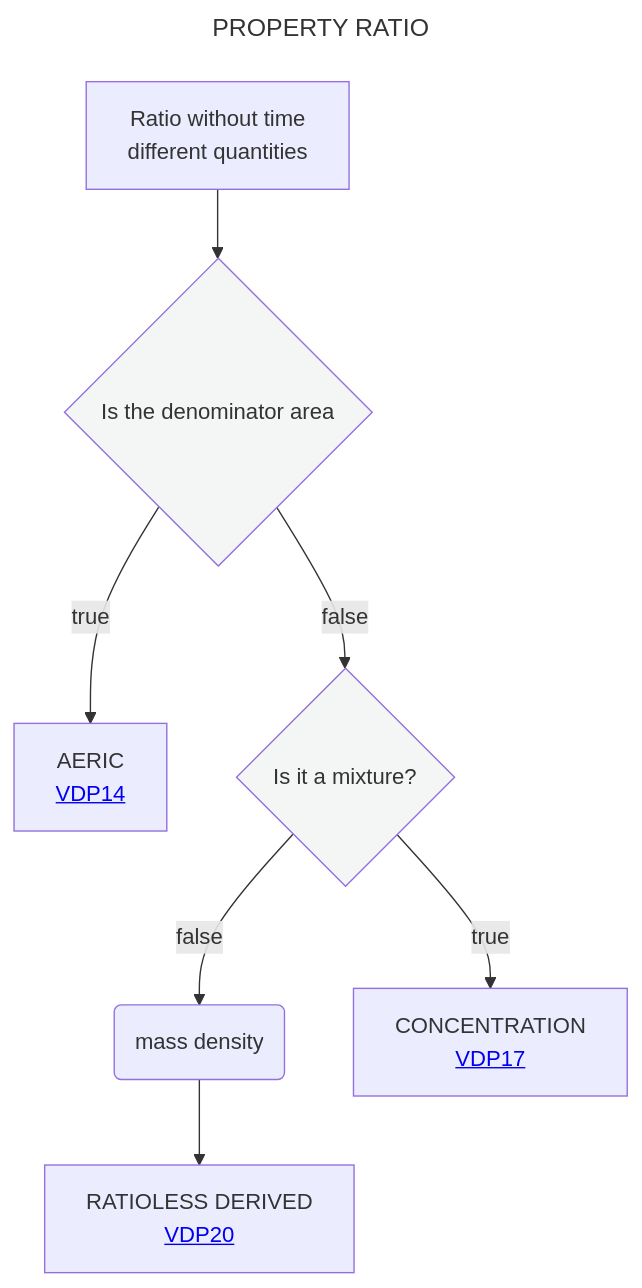
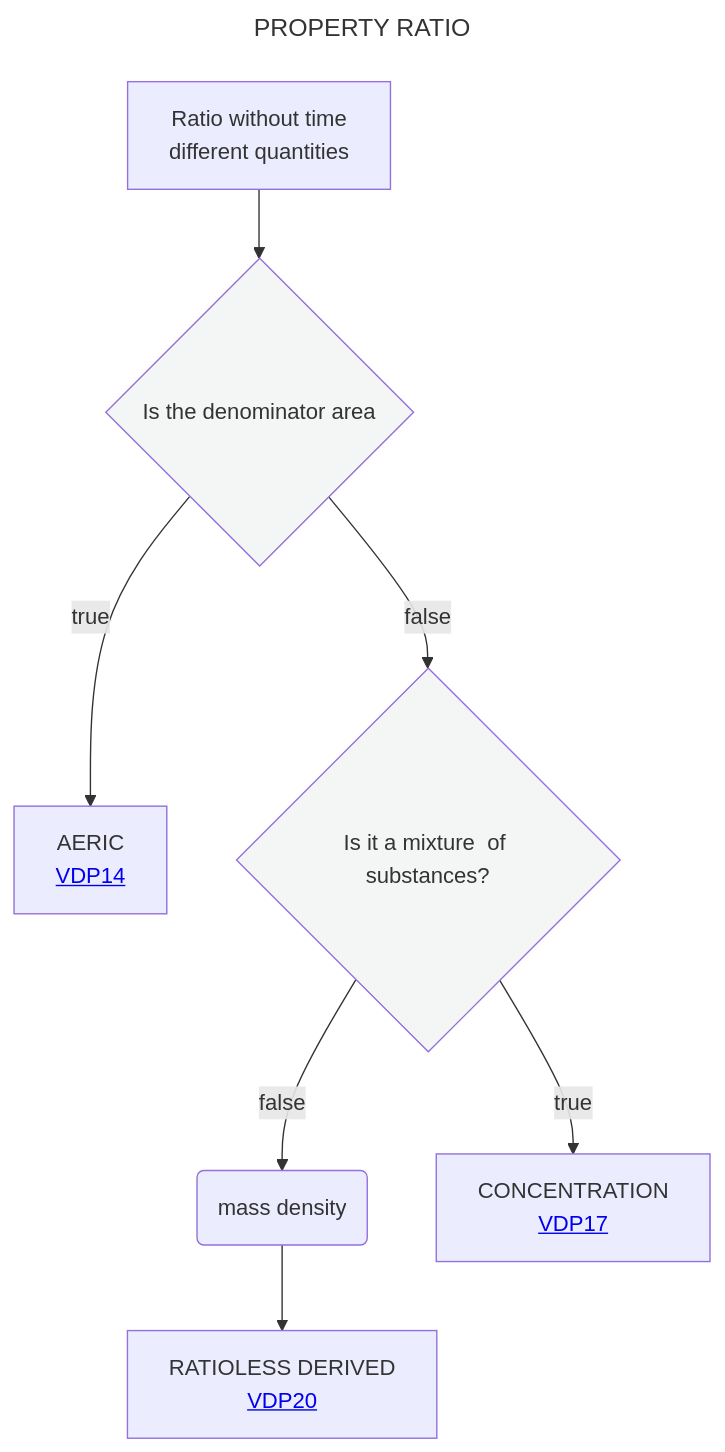
One commit to mabablue/I-ADOPT-patterns-playground changed the diagram in Decisition_trees/DT4.mmd. Above: the diagram before and after it, drawn with Mermaid.

```diff
--- a/Decisition_trees/DT4.mmd
+++ b/Decisition_trees/DT4.mmd
@@ -1,14 +1,14 @@
 ---
 title: PROPERTY RATIO
 ---
 flowchart TD
     A[Ratio without time <br> different quantities] --> B{Is the denominator area}:::white
     B --> |true|C[AERIC <br> <a href='https://github.com/mabablue/I-ADOPT-patterns-playground/blob/main/pattern/VDP14.yaml'>VDP14</a>]
-    B --> |false|E{Is it a mixture?}:::white
+    B --> |false|E{Is it a mixture <be> of substances?}:::white
     E --> |false|F(mass density)
     F --> G[RATIOLESS DERIVED <br> <a href='https://github.com/mabablue/I-ADOPT-patterns-playground/blob/main/pattern/VDP20.yaml'>VDP20</a>]
     E--> |true|H[CONCENTRATION <br> <a href='https://github.com/mabablue/I-ADOPT-patterns-playground/blob/main/pattern/VDP17.yaml'>VDP17</a>]
    classDef blue fill:#90D5FF
    classDef satblue fill:#57B9FF 
    classDef white fill:#f3f6f4
    classDef green fill:#6aa84f
```
